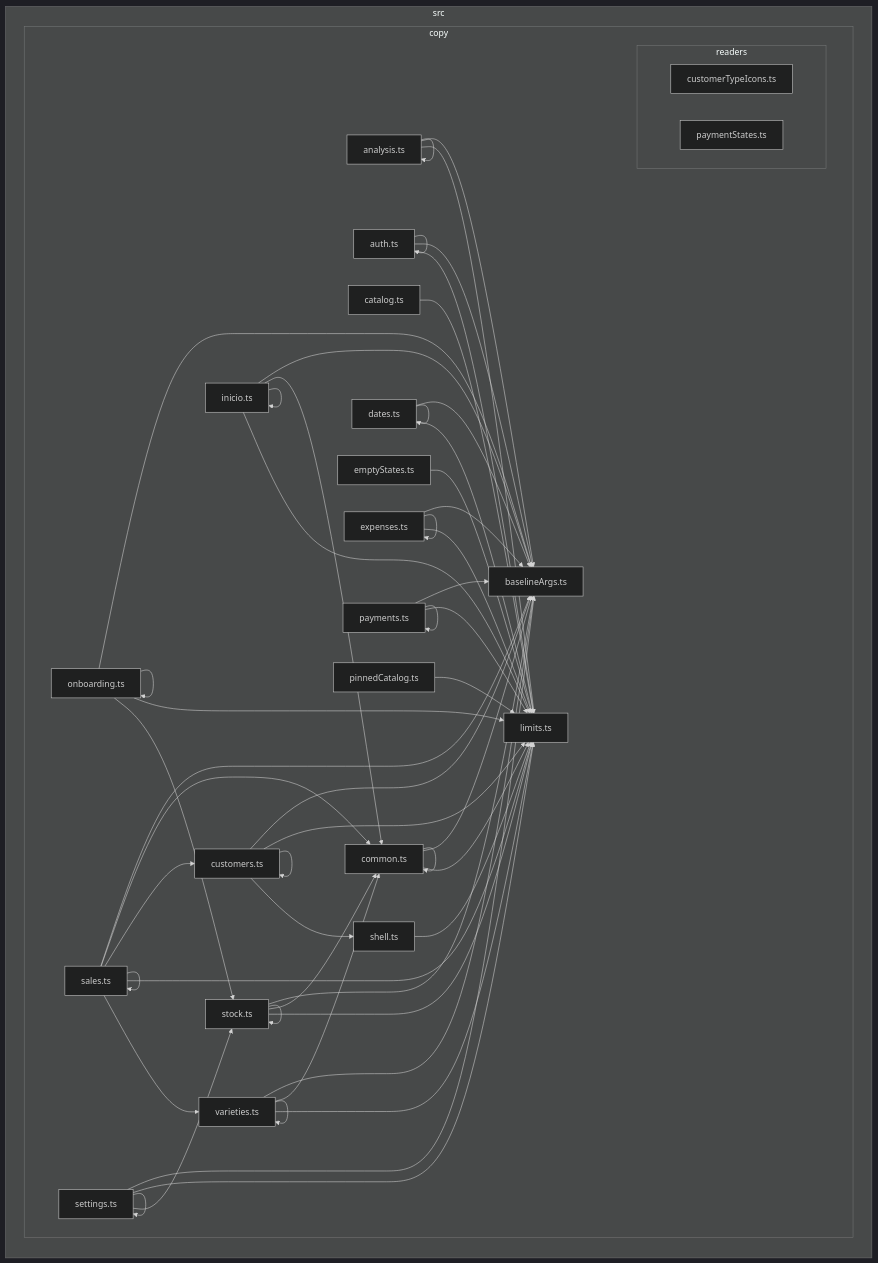
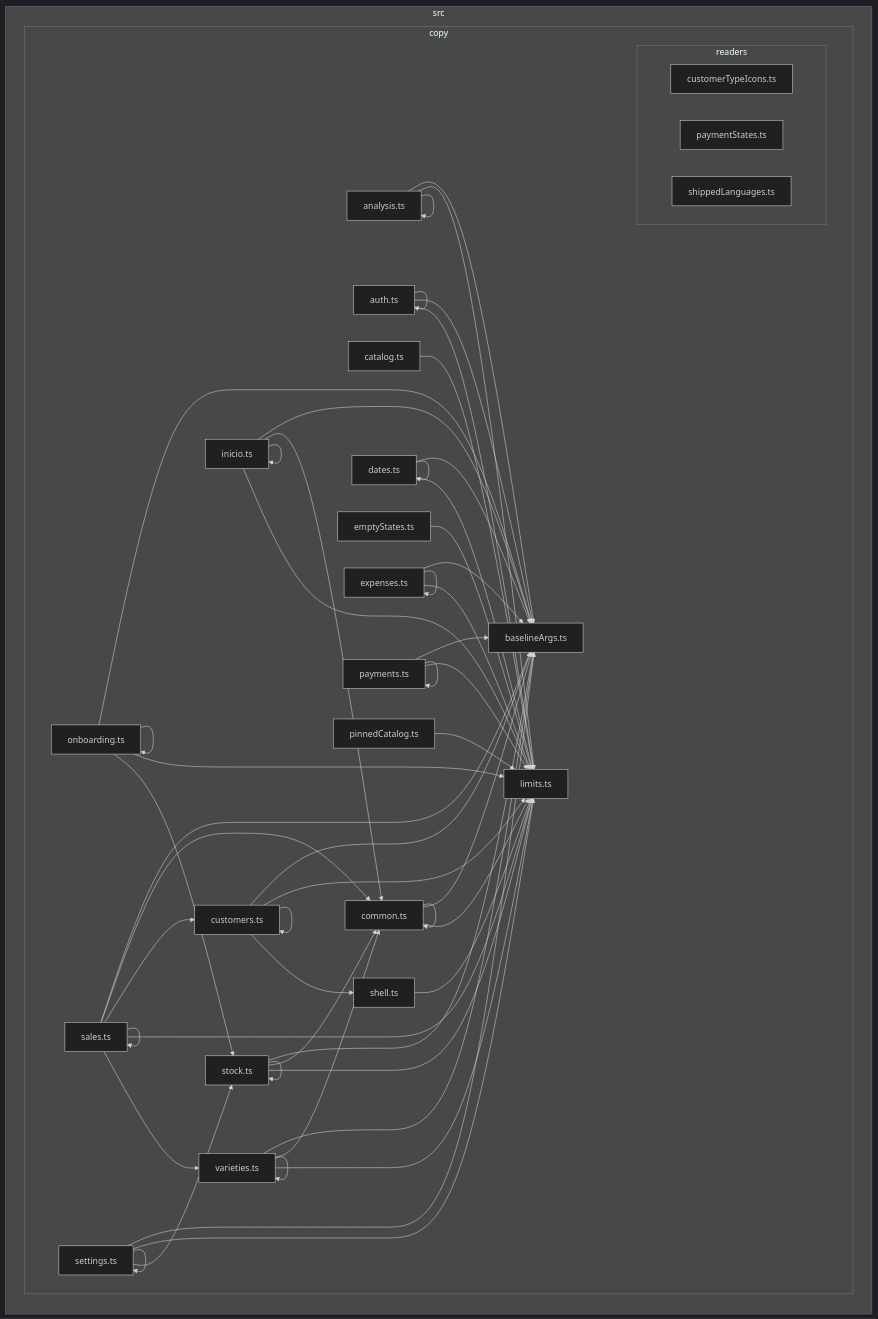
Before and after one commit to GonzaloZevallos/apostrophe: the diagram in docs/architecture/generated/front-modules/copy.md, drawn with Mermaid (dark theme). The commit also changed 1 other file, not shown here.

Commit message:
GH-592: add LANGUAGES to the registry snapshot and the generated module graph
The registry test lists every declared set exactly, and the generated docs
list every copy reader; both must name the new shipped-languages set.

```diff
--- a/docs/architecture/generated/front-modules/copy.md
+++ b/docs/architecture/generated/front-modules/copy.md
@@ -11,6 +11,7 @@
     subgraph src_copy_readers["readers"]
       src_copy_readers_customerTypeIcons_ts["customerTypeIcons.ts"]
       src_copy_readers_paymentStates_ts["paymentStates.ts"]
+      src_copy_readers_shippedLanguages_ts["shippedLanguages.ts"]
     end
     src_copy_analysis_ts["analysis.ts"]
     src_copy_auth_ts["auth.ts"]
```
